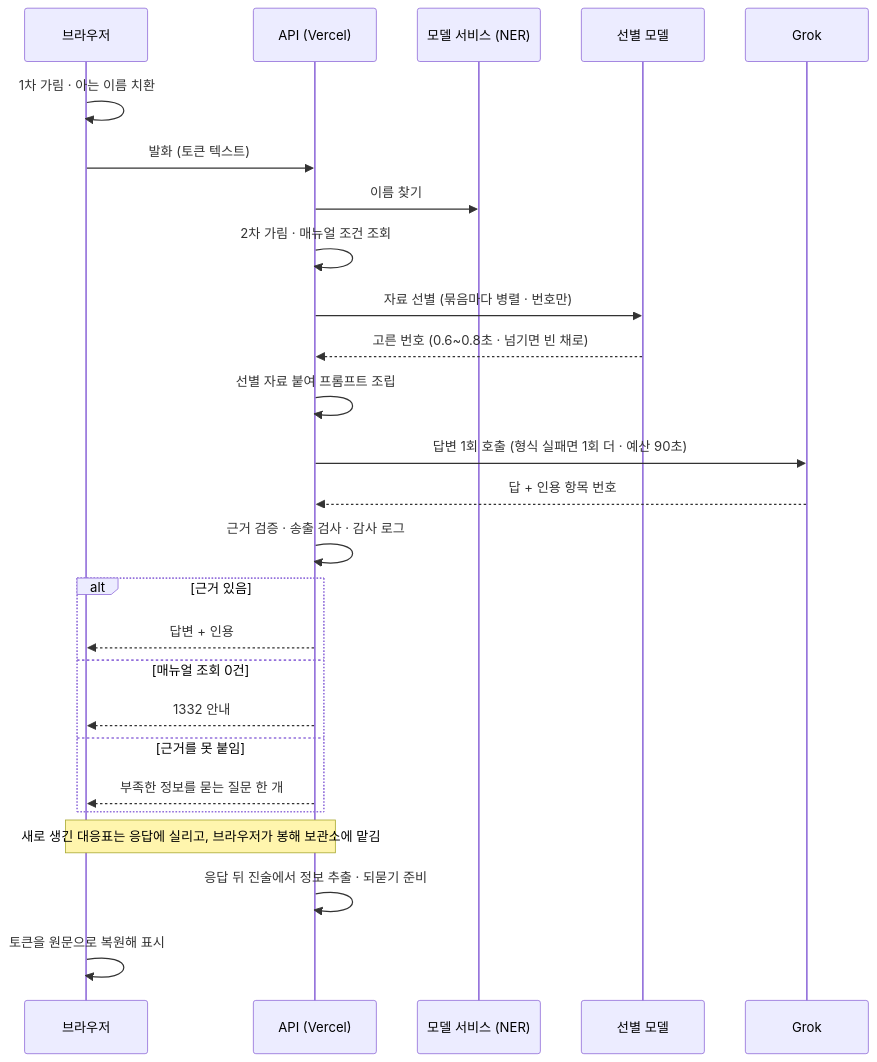
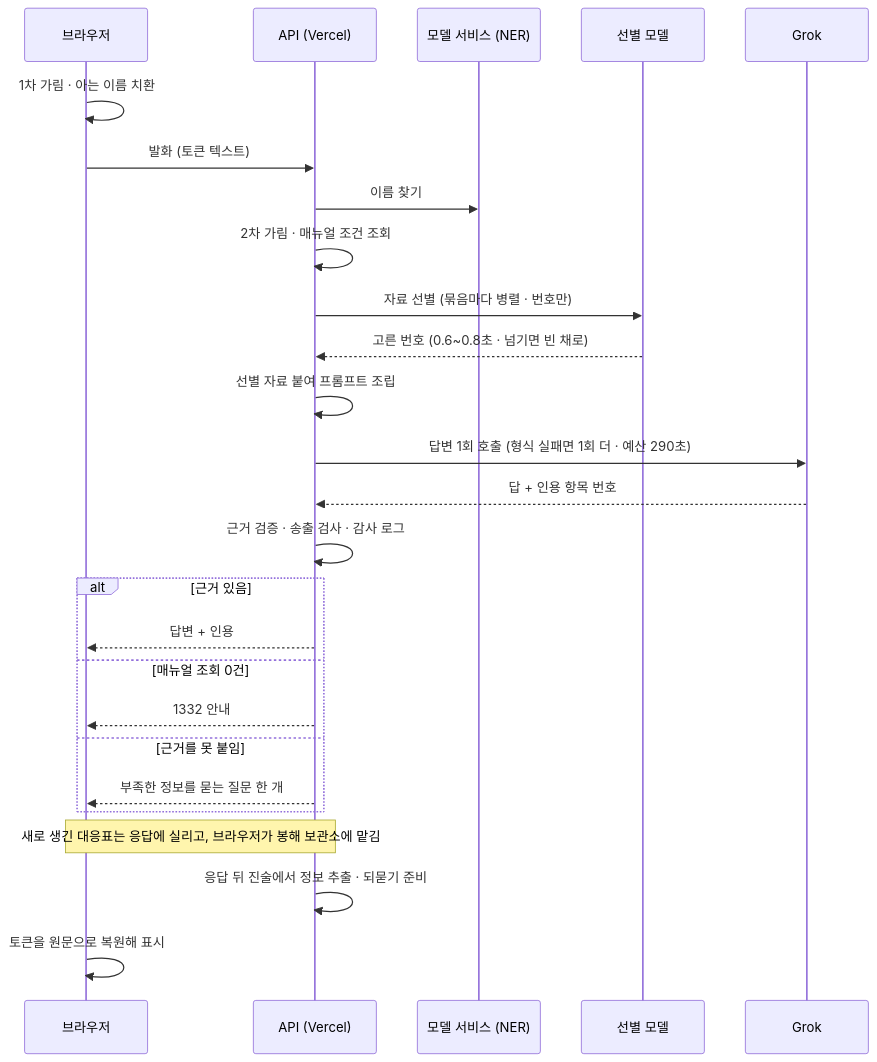
One commit to Dojaegyum/fsec-ai-challenge changed the fifth of 9 diagrams in 기능명세서-FinAlly.md. Above: the diagram before and after it, drawn with Mermaid. The commit also changed other lines of this file and 5 other files, not shown here.

````diff
--- a/기능명세서-FinAlly.md
+++ b/기능명세서-FinAlly.md
@@ -332,28 +332,28 @@
 ```mermaid
 sequenceDiagram
     participant B as 브라우저
     participant A as API (Vercel)
     participant M as 모델 서비스 (NER)
     participant F as 선별 모델
     participant G as Grok
     B->>B: 1차 가림 · 아는 이름 치환
     B->>A: 발화 (토큰 텍스트)
     A->>M: 이름 찾기
     A->>A: 2차 가림 · 매뉴얼 조건 조회
     A->>F: 자료 선별 (묶음마다 병렬 · 번호만)
     F-->>A: 고른 번호 (0.6~0.8초 · 넘기면 빈 채로)
     A->>A: 선별 자료 붙여 프롬프트 조립
-    A->>G: 답변 1회 호출 (형식 실패면 1회 더 · 예산 90초)
+    A->>G: 답변 1회 호출 (형식 실패면 1회 더 · 예산 290초)
     G-->>A: 답 + 인용 항목 번호
     A->>A: 근거 검증 · 송출 검사 · 감사 로그
     alt 근거 있음
         A-->>B: 답변 + 인용
     else 매뉴얼 조회 0건
         A-->>B: 1332 안내
     else 근거를 못 붙임
         A-->>B: 부족한 정보를 묻는 질문 한 개
     end
     Note over B,A: 새로 생긴 대응표는 응답에 실리고, 브라우저가 봉해 보관소에 맡김
     A->>A: 응답 뒤 진술에서 정보 추출 · 되묻기 준비
     B->>B: 토큰을 원문으로 복원해 표시
 ```
````
